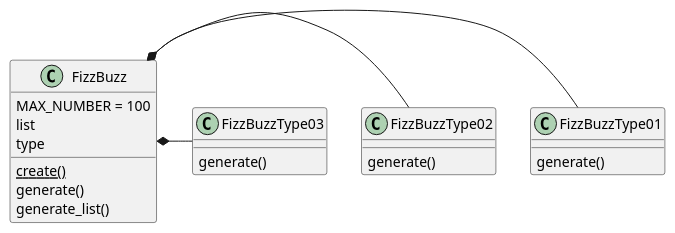
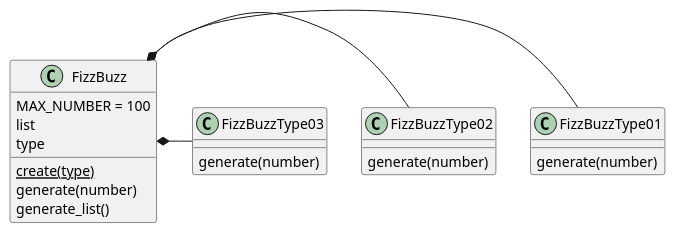
One commit to hiroshima-arc/tdd_rb changed diagram 13 of 42 in docs/src/article/episode_3.adoc. Above: the diagram before and after it, drawn with PlantUML. The commit also changed other lines of this file and 17 other files, not shown here.

```diff
--- a/docs/src/article/episode_3.adoc
+++ b/docs/src/article/episode_3.adoc
@@ -2448,23 +2507,23 @@
 [plantuml]
 ----
 class FizzBuzz {
     MAX_NUMBER = 100
     list
     type
-    {static} create()
-    generate()
+    {static} create(type)
+    generate(number)
     generate_list()
 }
 class FizzBuzzType01 {
-    generate()
+    generate(number)
 }
 class FizzBuzzType02 {
-    generate()
+    generate(number)
 }
 class FizzBuzzType03 {
-    generate()
+    generate(number)
 }
 FizzBuzz *- FizzBuzzType01
 FizzBuzz *- FizzBuzzType02
 FizzBuzz *- FizzBuzzType03
 ----
```
